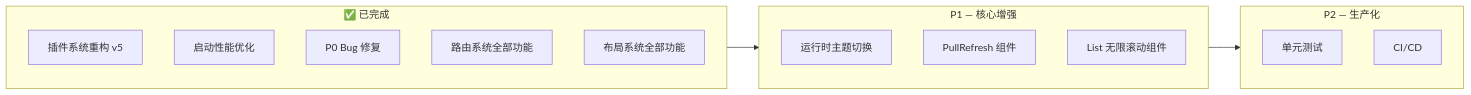
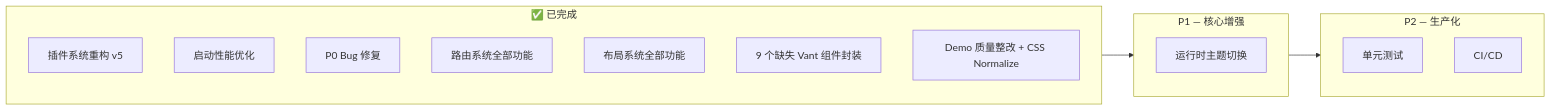
The diagram in plans/framework-deep-analysis.md (m2maomao/vite-plugins-demo), drawn with Mermaid before and after one commit. The commit also changed other lines of this file and 2 other files, not shown here.

````diff
--- a/plans/framework-deep-analysis.md
+++ b/plans/framework-deep-analysis.md
@@ -317,21 +365,21 @@
 ```mermaid
 flowchart LR
     subgraph Done[✅ 已完成]
         D1[插件系统重构 v5]
         D2[启动性能优化]
         D3[P0 Bug 修复]
         D4[路由系统全部功能]
         D5[布局系统全部功能]
+        D6[9 个缺失 Vant 组件封装]
+        D7[Demo 质量整改 + CSS Normalize]
     end
     subgraph P1[P1 — 核心增强]
         B1[运行时主题切换]
-        B2[PullRefresh 组件]
-        B3[List 无限滚动组件]
     end
     subgraph P2[P2 — 生产化]
         C1[单元测试]
         C2[CI/CD]
     end
     Done --> P1
     P1 --> P2
 ```
````
